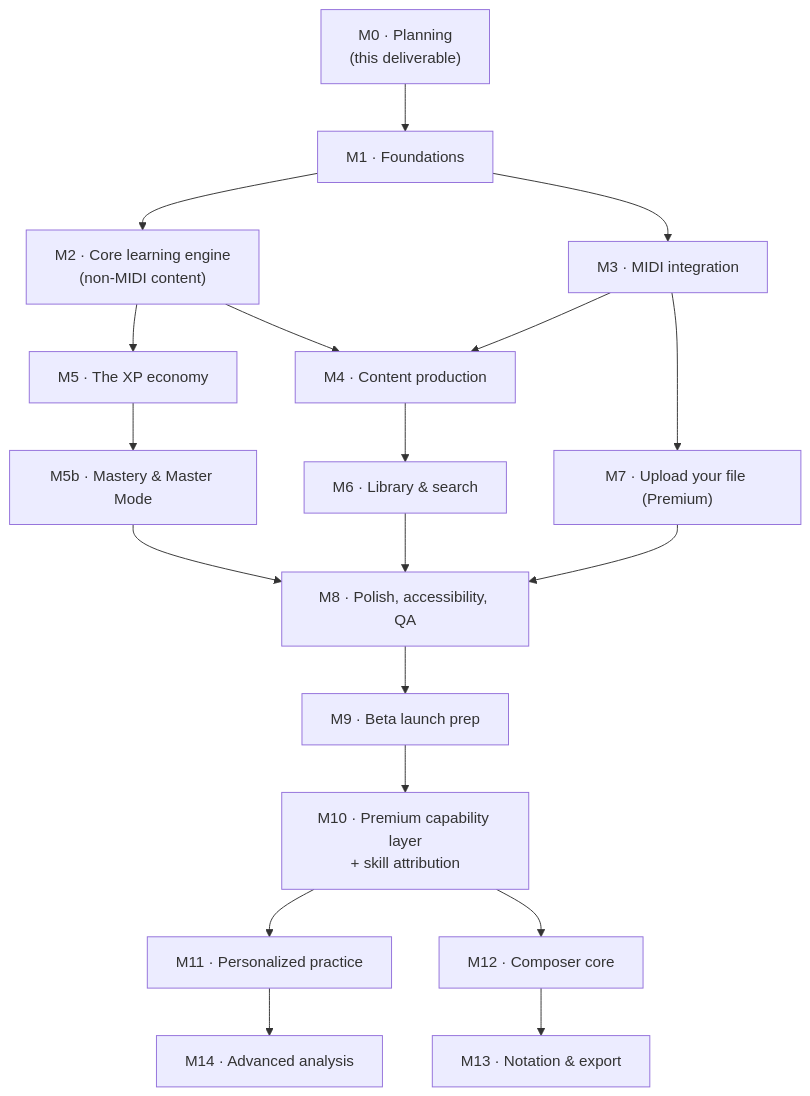
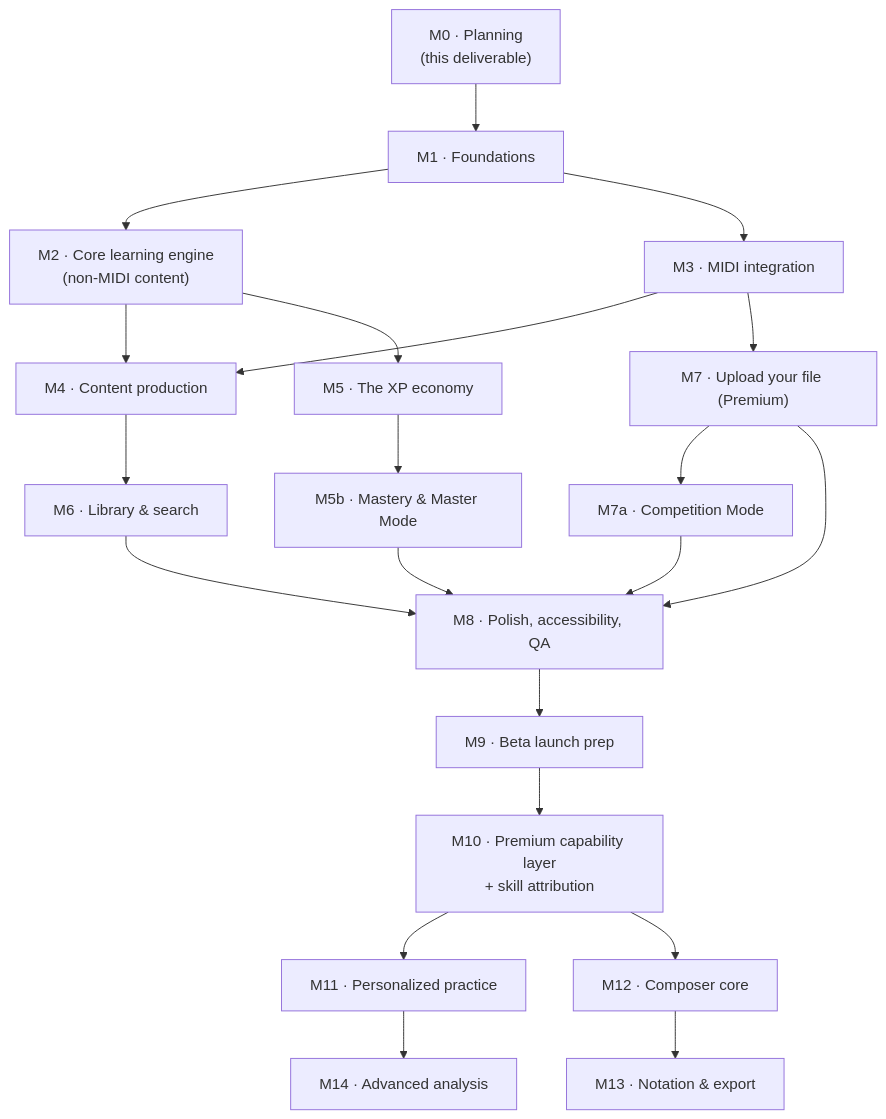
One commit to IndraKar/keyboard-app changed the diagram in docs/05-roadmap.md. Above: the diagram before and after it, drawn with Mermaid. The commit also changed other lines of this file and 4 other files, not shown here.

````diff
--- a/docs/05-roadmap.md
+++ b/docs/05-roadmap.md
@@ -7,22 +7,24 @@
 ```mermaid
 flowchart TD
     M0["M0 · Planning<br/>(this deliverable)"] --> M1["M1 · Foundations"]
     M1 --> M2["M2 · Core learning engine<br/>(non-MIDI content)"]
     M1 --> M3["M3 · MIDI integration"]
     M2 --> M4["M4 · Content production"]
     M3 --> M4
     M2 --> M5["M5 · The XP economy"]
     M4 --> M6["M6 · Library & search"]
     M3 --> M7["M7 · Upload your file (Premium)"]
+    M7 --> M7a["M7a · Competition Mode"]
+    M7a --> M8
     M5 --> M5b["M5b · Mastery & Master Mode"]
     M5b --> M8["M8 · Polish, accessibility, QA"]
     M6 --> M8
     M7 --> M8
     M8 --> M9["M9 · Beta launch prep"]
 
     M9 --> M10["M10 · Premium capability layer<br/>+ skill attribution"]
     M10 --> M11["M11 · Personalized practice"]
     M10 --> M12["M12 · Composer core"]
     M12 --> M13["M13 · Notation & export"]
     M11 --> M14["M14 · Advanced analysis"]
 ```
````
